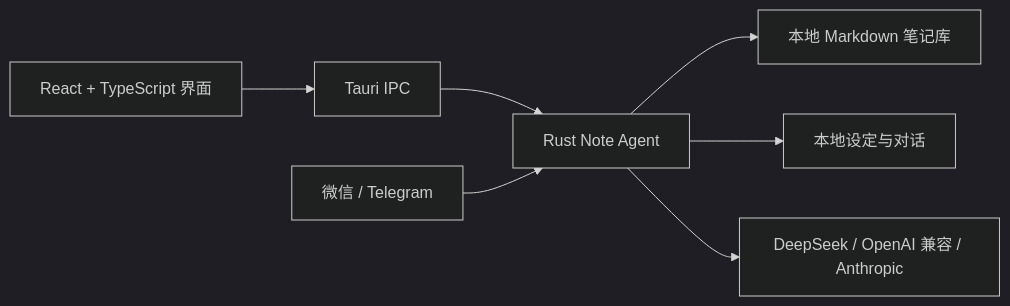
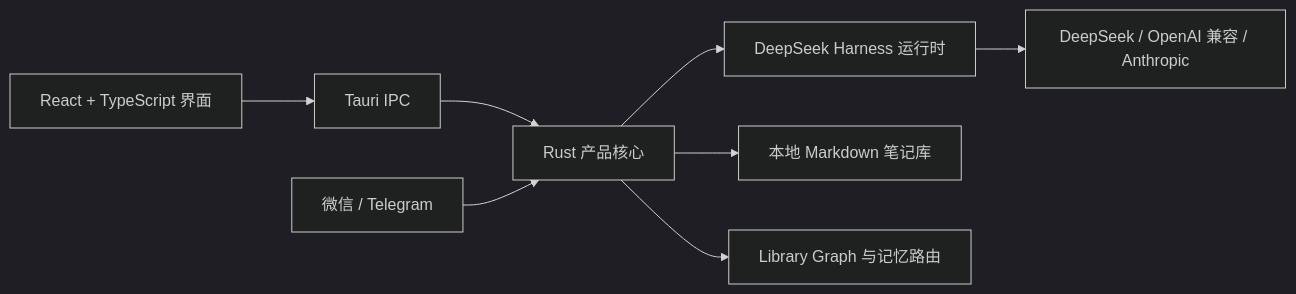
Before and after one commit to edison7009/Coffee-Note: the diagram in README.zh-CN.md, drawn with Mermaid (dark theme). The commit also changed other lines of this file and 32 other files, not shown here.

Commit message:
feat: replace agent loop with DeepSeek Harness

````diff
--- a/README.zh-CN.md
+++ b/README.zh-CN.md
@@ -81,9 +81,10 @@
 ```mermaid
 flowchart LR
   UI["React + TypeScript 界面"] --> IPC["Tauri IPC"]
-  IPC --> Core["Rust Note Agent"]
-  Core --> Library["本地 Markdown 笔记库"]
-  Core --> Memory["本地设定与对话"]
-  Core --> Models["DeepSeek / OpenAI 兼容 / Anthropic"]
-  Channels["微信 / Telegram"] --> Core
+  IPC --> Bridge["Rust 产品核心"]
+  Bridge --> DSH["DeepSeek Harness 运行时"]
+  Bridge --> Library["本地 Markdown 笔记库"]
+  Bridge --> Memory["Library Graph 与记忆路由"]
+  DSH --> Models["DeepSeek / OpenAI 兼容 / Anthropic"]
+  Channels["微信 / Telegram"] --> Bridge
 ```
````
